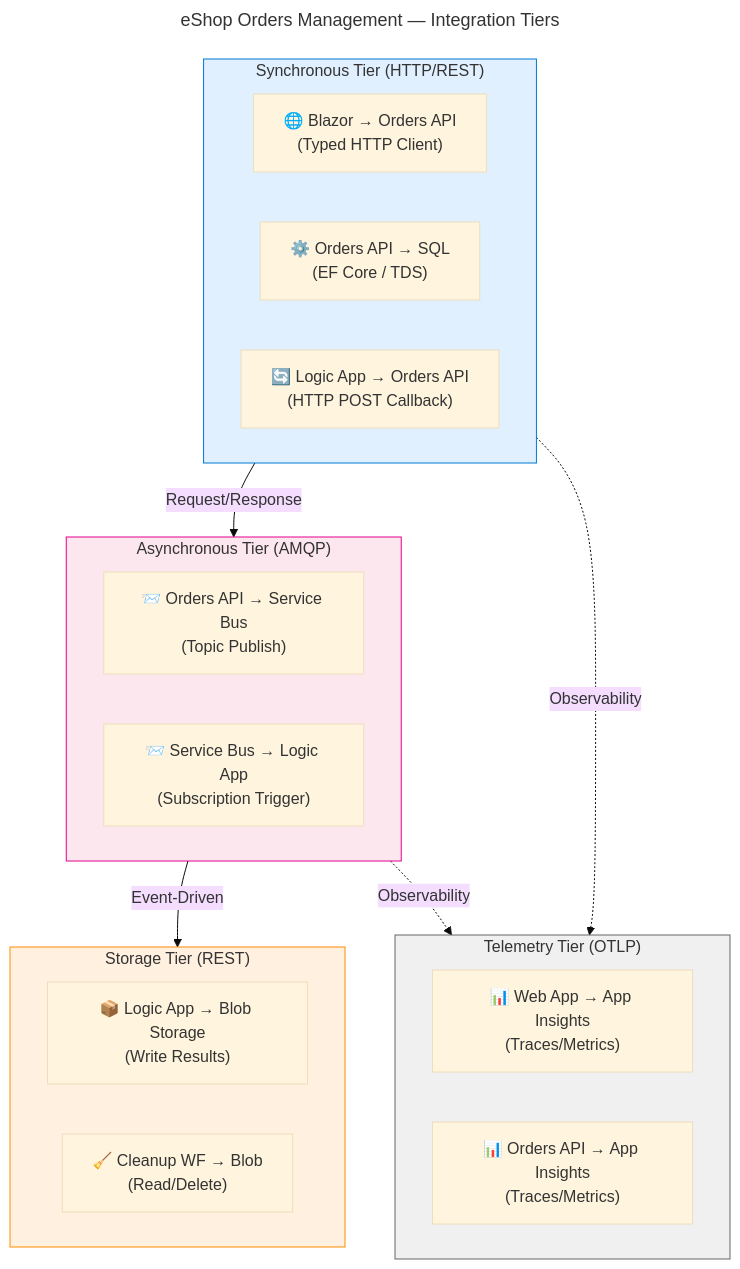
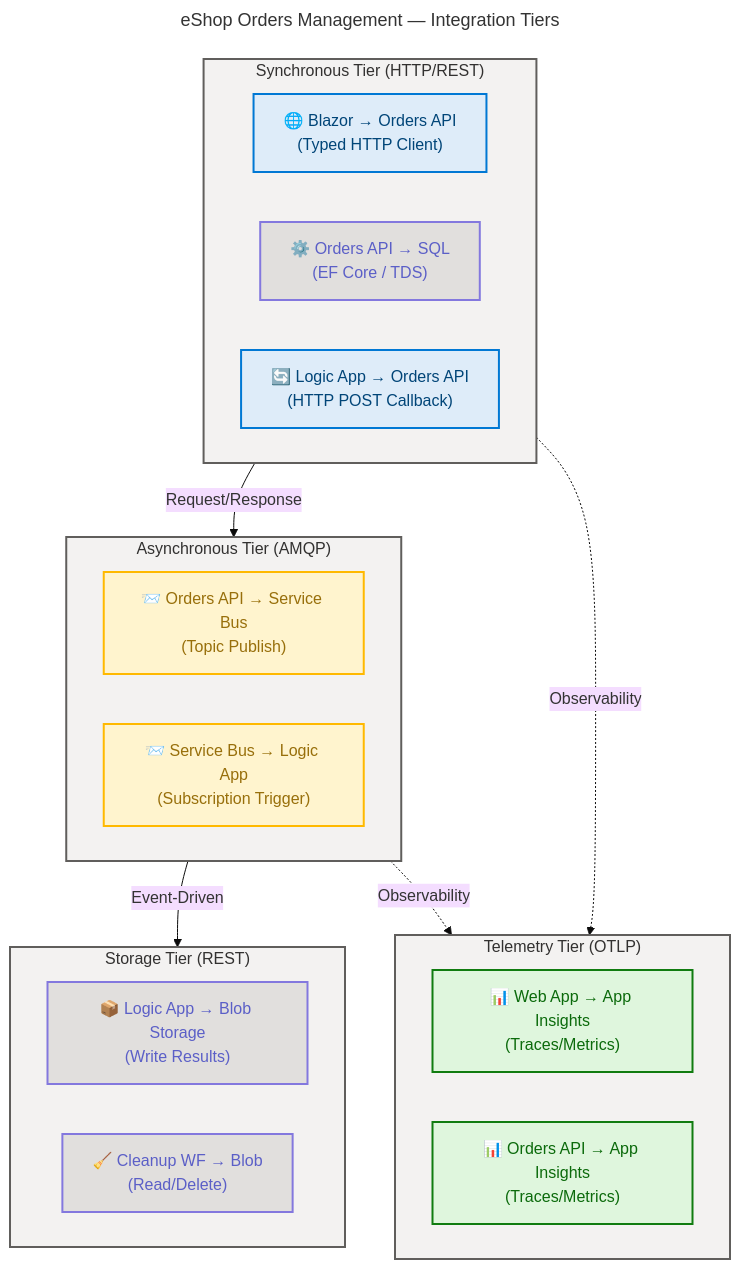
One commit to Evilazaro/Azure-LogicApps-Monitoring changed the third of 14 diagrams in docs/architecture/application-architecture.md. Above: the diagram before and after it, drawn with Mermaid. The commit also changed other lines of this file, not shown here.

Commit message:
Enhance application architecture diagrams with improved styling and classification for better clarity and visual distinction of components and services

````diff
--- a/docs/architecture/application-architecture.md
+++ b/docs/architecture/application-architecture.md
@@ -178,56 +189,61 @@
 ```mermaid
 ---
 title: "eShop Orders Management — Integration Tiers"
 config:
   theme: base
   look: classic
   layout: dagre
   themeVariables:
     fontSize: "16px"
 ---
 flowchart TB
     accTitle: eShop Orders Management Integration Tiers
     accDescr: Shows synchronous and asynchronous integration tiers across the application boundary
 
     %% ═══════════════════════════════════════════════════════════════════════════
     %% AZURE / FLUENT ARCHITECTURE PATTERN v1.1
     %% (Semantic + Structural + Font + Accessibility Governance)
     %% ═══════════════════════════════════════════════════════════════════════════
     %% PHASE 1 - STRUCTURAL: Direction explicit, flat topology, nesting ≤ 3
     %% PHASE 2 - SEMANTIC: Colors justified, max 5 semantic classes, neutral-first
     %% PHASE 3 - FONT: Dark text on light backgrounds, contrast ≥ 4.5:1
     %% PHASE 4 - ACCESSIBILITY: accTitle/accDescr present, icons on all nodes
     %% PHASE 5 - STANDARD: Governance block present, classDefs centralized
     %% ═══════════════════════════════════════════════════════════════════════════
 
     subgraph SyncTier["Synchronous Tier (HTTP/REST)"]
-        S1["🌐 Blazor → Orders API\n(Typed HTTP Client)"]
-        S2["⚙️ Orders API → SQL\n(EF Core / TDS)"]
-        S3["🔄 Logic App → Orders API\n(HTTP POST Callback)"]
+        S1["🌐 Blazor → Orders API\n(Typed HTTP Client)"]:::core
+        S2["⚙️ Orders API → SQL\n(EF Core / TDS)"]:::data
+        S3["🔄 Logic App → Orders API\n(HTTP POST Callback)"]:::core
     end
 
     subgraph AsyncTier["Asynchronous Tier (AMQP)"]
-        A1["📨 Orders API → Service Bus\n(Topic Publish)"]
-        A2["📨 Service Bus → Logic App\n(Subscription Trigger)"]
+        A1["📨 Orders API → Service Bus\n(Topic Publish)"]:::warning
+        A2["📨 Service Bus → Logic App\n(Subscription Trigger)"]:::warning
     end
 
     subgraph StorageTier["Storage Tier (REST)"]
-        ST1["📦 Logic App → Blob Storage\n(Write Results)"]
-        ST2["🧹 Cleanup WF → Blob\n(Read/Delete)"]
+        ST1["📦 Logic App → Blob Storage\n(Write Results)"]:::data
+        ST2["🧹 Cleanup WF → Blob\n(Read/Delete)"]:::data
     end
 
     subgraph TelemetryTier["Telemetry Tier (OTLP)"]
-        T1["📊 Web App → App Insights\n(Traces/Metrics)"]
-        T2["📊 Orders API → App Insights\n(Traces/Metrics)"]
+        T1["📊 Web App → App Insights\n(Traces/Metrics)"]:::success
+        T2["📊 Orders API → App Insights\n(Traces/Metrics)"]:::success
     end
 
     SyncTier -->|"Request/Response"| AsyncTier
     AsyncTier -->|"Event-Driven"| StorageTier
     SyncTier -.->|"Observability"| TelemetryTier
     AsyncTier -.->|"Observability"| TelemetryTier
 
-    style SyncTier fill:#e1f0ff,stroke:#0078d4,color:#333
-    style AsyncTier fill:#fde7ef,stroke:#e3008c,color:#333
-    style StorageTier fill:#fff0e0,stroke:#ff8c00,color:#333
-    style TelemetryTier fill:#f0f0f0,stroke:#666,color:#333
+    style SyncTier fill:#F3F2F1,stroke:#605E5C,stroke-width:2px,color:#323130
+    style AsyncTier fill:#F3F2F1,stroke:#605E5C,stroke-width:2px,color:#323130
+    style StorageTier fill:#F3F2F1,stroke:#605E5C,stroke-width:2px,color:#323130
+    style TelemetryTier fill:#F3F2F1,stroke:#605E5C,stroke-width:2px,color:#323130
+
+    classDef core fill:#DEECF9,stroke:#0078D4,stroke-width:2px,color:#004578
+    classDef data fill:#E1DFDD,stroke:#8378DE,stroke-width:2px,color:#5B5FC7
+    classDef warning fill:#FFF4CE,stroke:#FFB900,stroke-width:2px,color:#986F0B
+    classDef success fill:#DFF6DD,stroke:#107C10,stroke-width:2px,color:#0B6A0B
 ```
````
